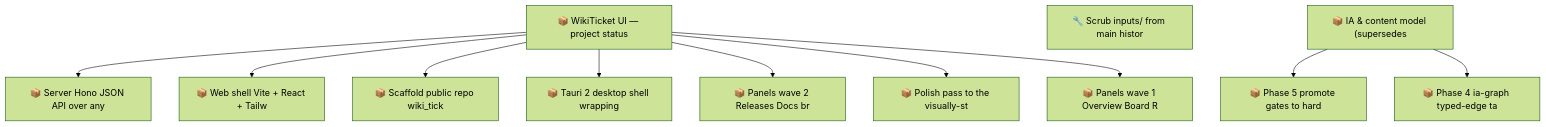
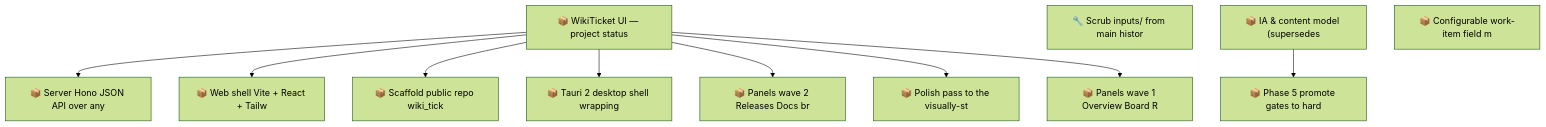
One commit to SpillwaveSolutions/wiki_ticket_sdd changed the second of 2 diagrams in docs/roadmap.md. Above: the diagram before and after it, drawn with Mermaid (forest theme). The commit also changed other lines of this file and 24 other files, not shown here.

First line of the commit message:
feat(ia): Phase 4 — traceability graph, link-pr, trace-check, rich tickets (item 01KY5G9ZW0Z6)

````diff
--- a/docs/roadmap.md
+++ b/docs/roadmap.md
@@ -100,24 +98,23 @@
 ```mermaid
 graph TD
     01KY111BC71KJGNH55CB2DWMKN["📦 Server Hono JSON API over any"]
     01KY111BC7B70C7M2RF1E57G17["📦 Web shell Vite + React + Tailw"]
     01KY111BC7NJ4BE7JBDK2P6Y56["📦 Scaffold public repo wiki_tick"]
     01KY111BC7PABV8W6SDNVQACSN["📦 WikiTicket UI — project status"]
     01KY111BC842N3J7Y7H85NHSEG["📦 Tauri 2 desktop shell wrapping"]
     01KY111BC88FS6QD49JADZ9CJ5["📦 Panels wave 2 Releases Docs br"]
     01KY111BC8F9BH0T3TERYEFC3C["📦 Polish pass to the visually-st"]
     01KY111BC8QJAS9KH7N368N6RF["📦 Panels wave 1 Overview Board R"]
     01KY2KHHF43KAZ54F57BQW71TD["🔧 Scrub inputs/ from main histor"]
     01KY5G9ZW0H2YMNWDFJYGRPYE5["📦 IA & content model (supersedes"]
     01KY5G9ZW0RABXWHEMEP1FAV2G["📦 Phase 5 promote gates to hard"]
-    01KY5G9ZW0Z6JFMVTAFC54RM36["📦 Phase 4 ia-graph typed-edge ta"]
+    01KY5NE0ZYGBWG44N0KPEBFCZ8["📦 Configurable work-item field m"]
     01KY111BC7PABV8W6SDNVQACSN --> 01KY111BC71KJGNH55CB2DWMKN
     01KY111BC7PABV8W6SDNVQACSN --> 01KY111BC7B70C7M2RF1E57G17
     01KY111BC7PABV8W6SDNVQACSN --> 01KY111BC7NJ4BE7JBDK2P6Y56
     01KY111BC7PABV8W6SDNVQACSN --> 01KY111BC842N3J7Y7H85NHSEG
     01KY111BC7PABV8W6SDNVQACSN --> 01KY111BC88FS6QD49JADZ9CJ5
     01KY111BC7PABV8W6SDNVQACSN --> 01KY111BC8F9BH0T3TERYEFC3C
     01KY111BC7PABV8W6SDNVQACSN --> 01KY111BC8QJAS9KH7N368N6RF
     01KY5G9ZW0H2YMNWDFJYGRPYE5 --> 01KY5G9ZW0RABXWHEMEP1FAV2G
-    01KY5G9ZW0H2YMNWDFJYGRPYE5 --> 01KY5G9ZW0Z6JFMVTAFC54RM36
 ```
````
